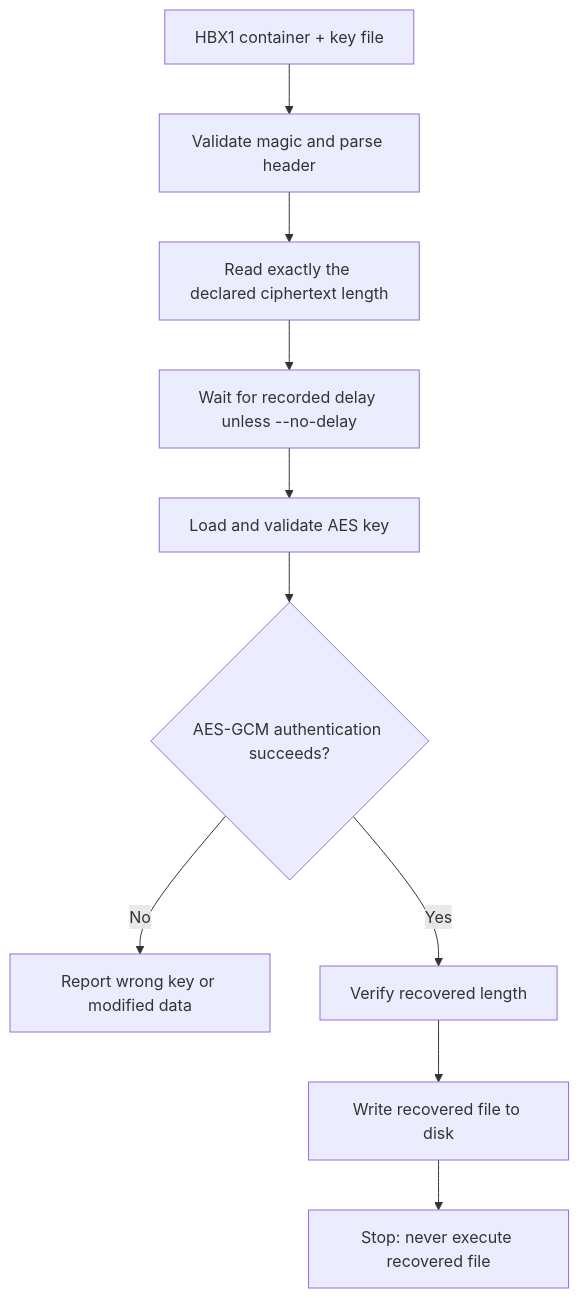
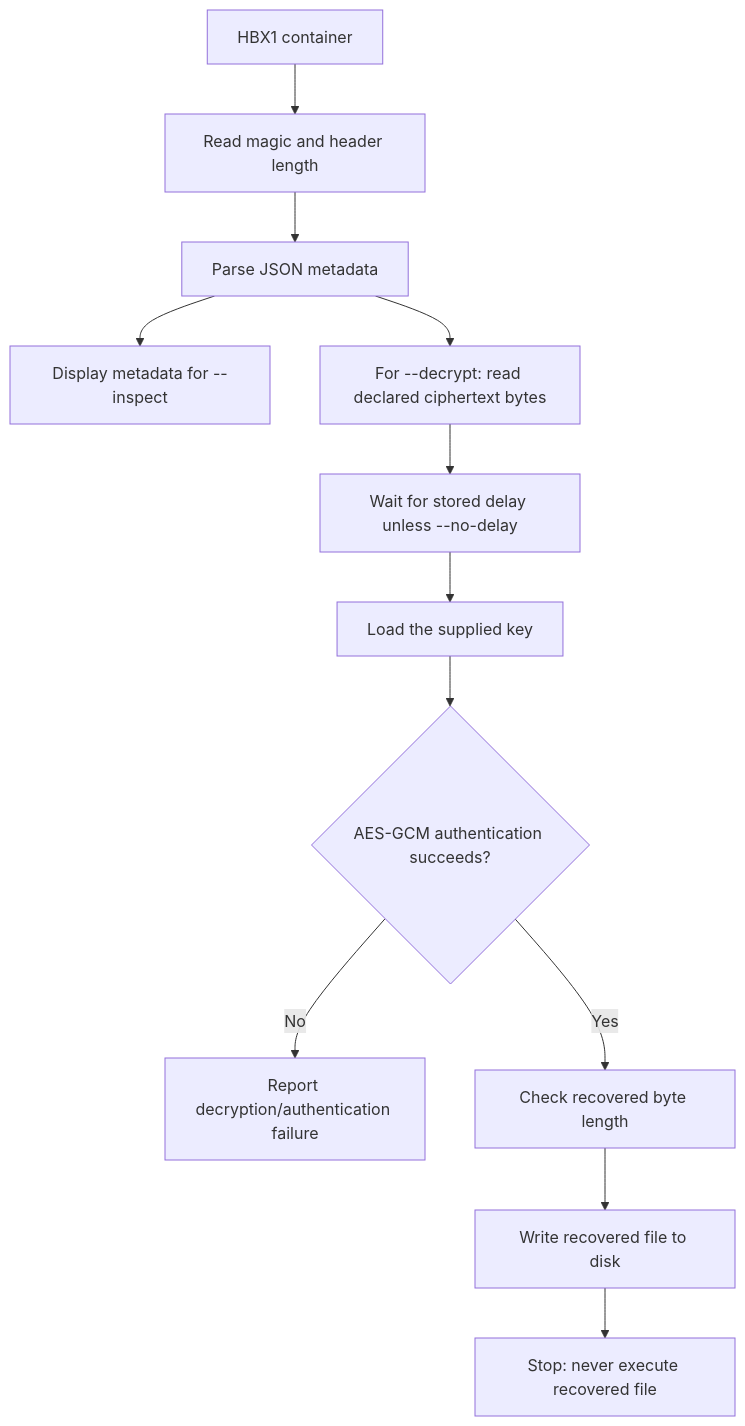
One commit to fahdaguenouz/hidden-bytes changed the fifth of 7 diagrams in README.md. Above: the diagram before and after it, drawn with Mermaid. The commit also changed other lines of this file and 3 other files, not shown here.

Commit message:
upgrading the readme with the flow

````diff
--- a/README.md
+++ b/README.md
@@ -314,12 +478,14 @@
 ```mermaid
 flowchart TD
-    A[HBX1 container + key file] --> B[Validate magic and parse header]
-    B --> C[Read exactly the declared ciphertext length]
-    C --> D[Wait for recorded delay unless --no-delay]
-    D --> E[Load and validate AES key]
-    E --> F{AES-GCM authentication succeeds?}
-    F -- No --> G[Report wrong key or modified data]
-    F -- Yes --> H[Verify recovered length]
-    H --> I[Write recovered file to disk]
-    I --> J[Stop: never execute recovered file]
+    A[HBX1 container] --> B[Read magic and header length]
+    B --> C[Parse JSON metadata]
+    C --> D[Display metadata for --inspect]
+    C --> E[For --decrypt: read declared ciphertext bytes]
+    E --> F[Wait for stored delay unless --no-delay]
+    F --> G[Load the supplied key]
+    G --> H{AES-GCM authentication succeeds?}
+    H -- No --> I[Report decryption/authentication failure]
+    H -- Yes --> J[Check recovered byte length]
+    J --> K[Write recovered file to disk]
+    K --> L[Stop: never execute recovered file]
 ```
````
